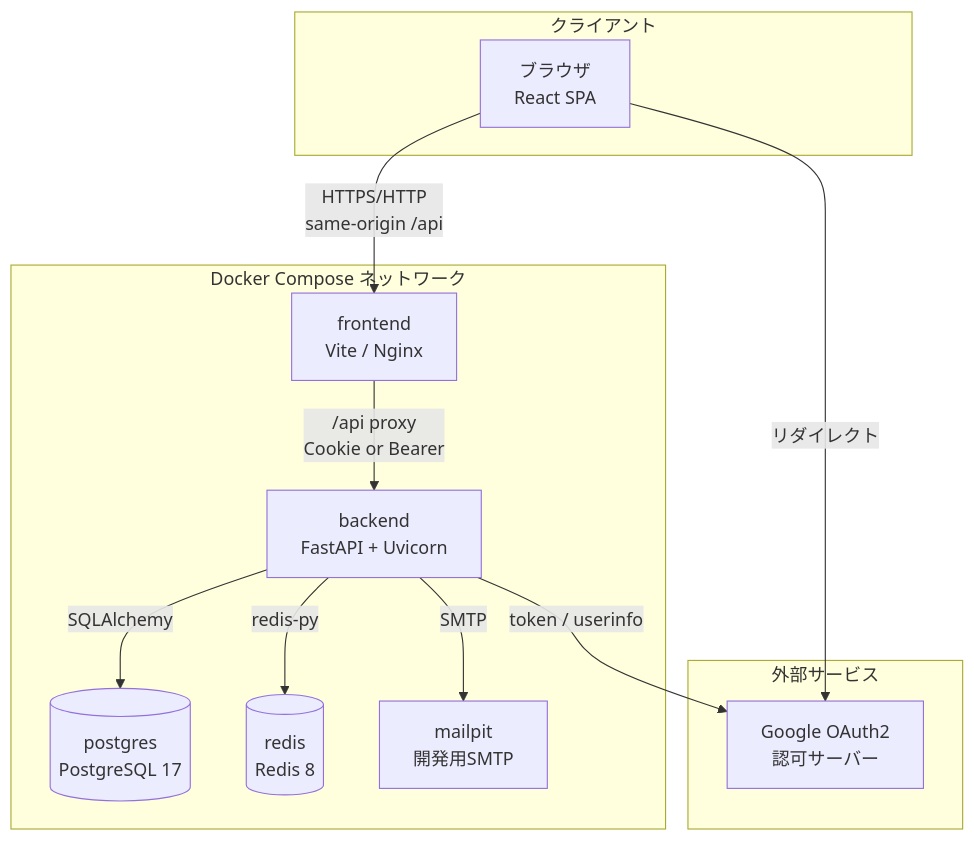
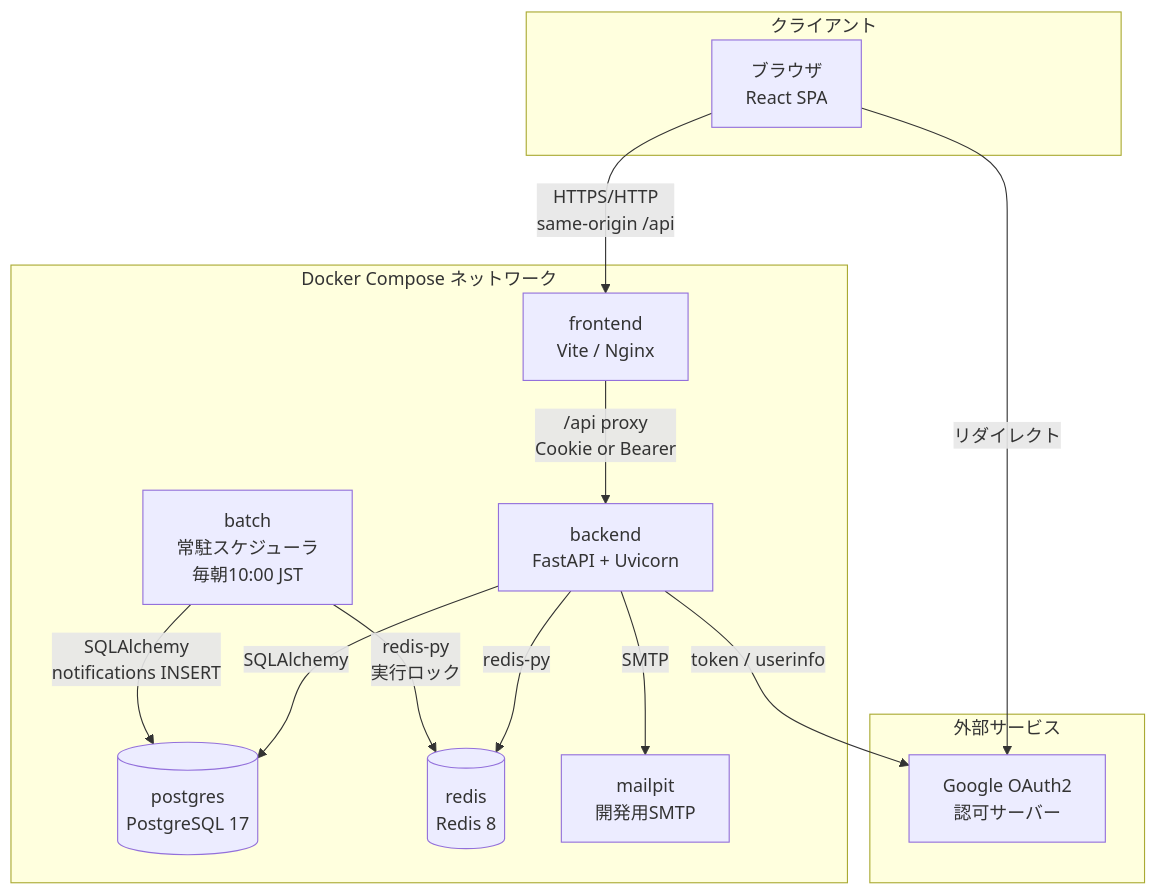
One commit to oikawa-d/task_management changed the first of 7 diagrams in basic_design/00_overview.md. Above: the diagram before and after it, drawn with Mermaid. The commit also changed other lines of this file and 6 other files, not shown here.

````diff
--- a/basic_design/00_overview.md
+++ b/basic_design/00_overview.md
@@ -22,26 +24,29 @@
 ```mermaid
 flowchart TB
     subgraph client["クライアント"]
         BROWSER["ブラウザ<br/>React SPA"]
     end
 
     subgraph compose["Docker Compose ネットワーク"]
         FE["frontend<br/>Vite / Nginx"]
         API["backend<br/>FastAPI + Uvicorn"]
+        BAT["batch<br/>常駐スケジューラ<br/>毎朝10:00 JST"]
         PG[("postgres<br/>PostgreSQL 17")]
         RD[("redis<br/>Redis 8")]
         MAIL["mailpit<br/>開発用SMTP"]
     end
 
     subgraph external["外部サービス"]
         GOOGLE["Google OAuth2<br/>認可サーバー"]
     end
 
     BROWSER -->|"HTTPS/HTTP<br/>same-origin /api"| FE
     FE -->|"/api proxy<br/>Cookie or Bearer"| API
     API -->|"SQLAlchemy"| PG
     API -->|"redis-py"| RD
+    BAT -->|"SQLAlchemy<br/>notifications INSERT"| PG
+    BAT -->|"redis-py<br/>実行ロック"| RD
     API -->|"SMTP"| MAIL
     API -->|"token / userinfo"| GOOGLE
     BROWSER -->|"リダイレクト"| GOOGLE
 ```
````
